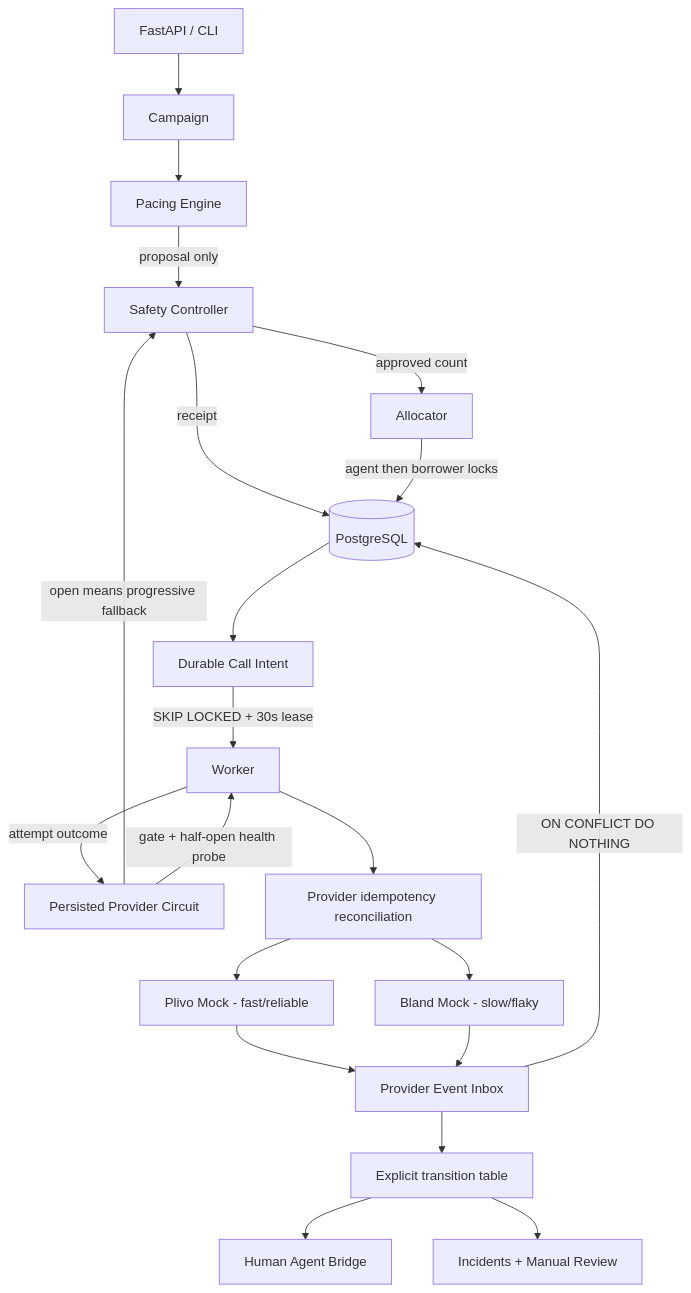
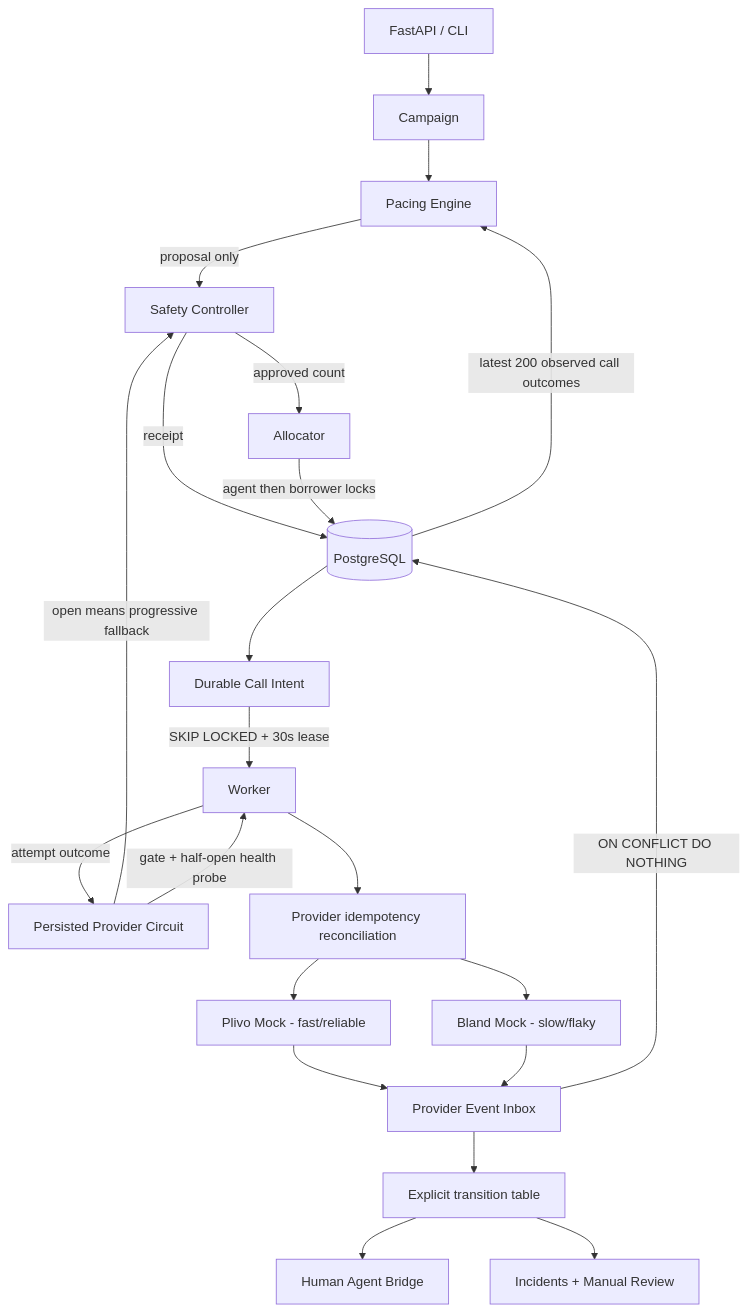
One commit to UtkarshDubeyGIT/dubey-smart-dialer changed the first of 3 diagrams in docs/architecture.md. Above: the diagram before and after it, drawn with Mermaid. The commit also changed 13 other files, not shown here.

Commit message:
Derive pacing statistics from call history

````diff
--- a/docs/architecture.md
+++ b/docs/architecture.md
@@ -3,23 +3,24 @@
 ```mermaid
 flowchart TB
     API[FastAPI / CLI] --> Campaign
     Campaign --> Pacing[Pacing Engine]
+    DB -->|latest 200 observed call outcomes| Pacing
     Pacing -->|proposal only| Safety[Safety Controller]
     Safety -->|receipt| DB[(PostgreSQL)]
     Safety -->|approved count| Allocator
     Allocator -->|agent then borrower locks| DB
     DB --> Intent[Durable Call Intent]
     Intent -->|SKIP LOCKED + 30s lease| Worker
     Worker -->|attempt outcome| Health[Persisted Provider Circuit]
     Health -->|open means progressive fallback| Safety
     Health -->|gate + half-open health probe| Worker
     Worker --> Reconcile[Provider idempotency reconciliation]
     Reconcile --> Plivo[Plivo Mock - fast/reliable]
     Reconcile --> Bland[Bland Mock - slow/flaky]
     Plivo --> Inbox[Provider Event Inbox]
     Bland --> Inbox
     Inbox -->|ON CONFLICT DO NOTHING| DB
     Inbox --> State[Explicit transition table]
     State --> Bridge[Human Agent Bridge]
     State --> Incident[Incidents + Manual Review]
 ```
````
